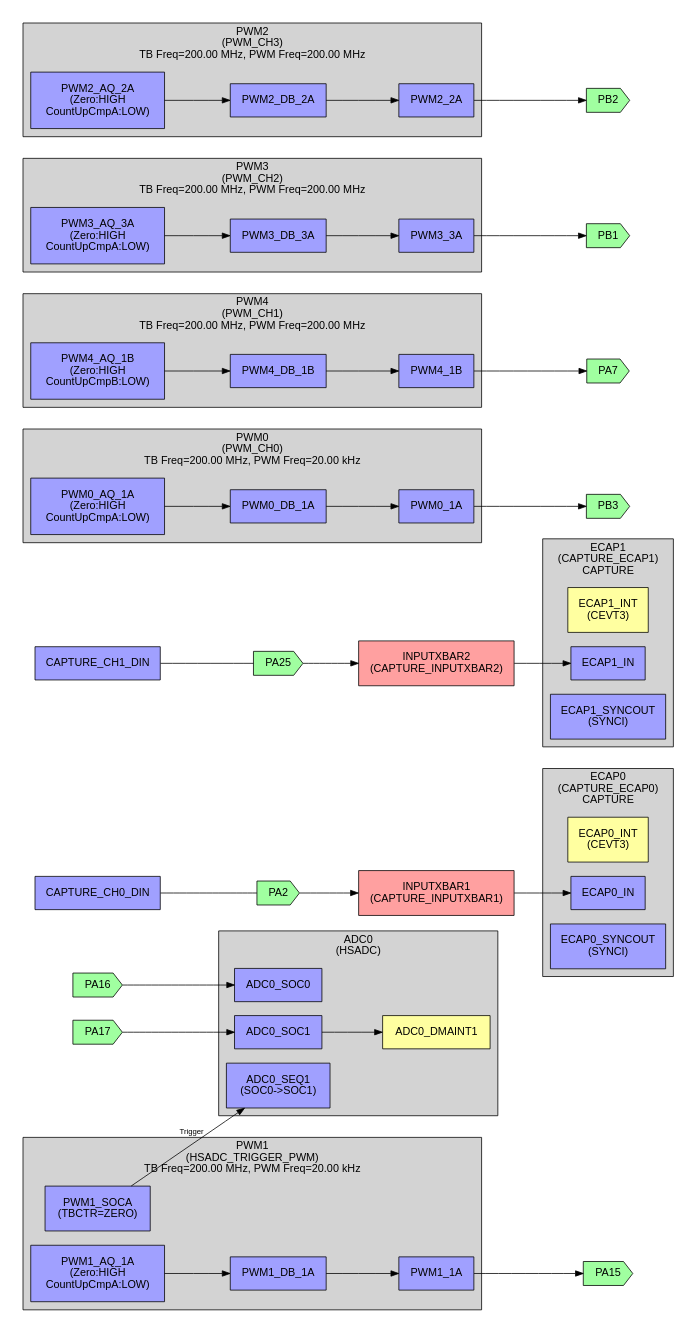
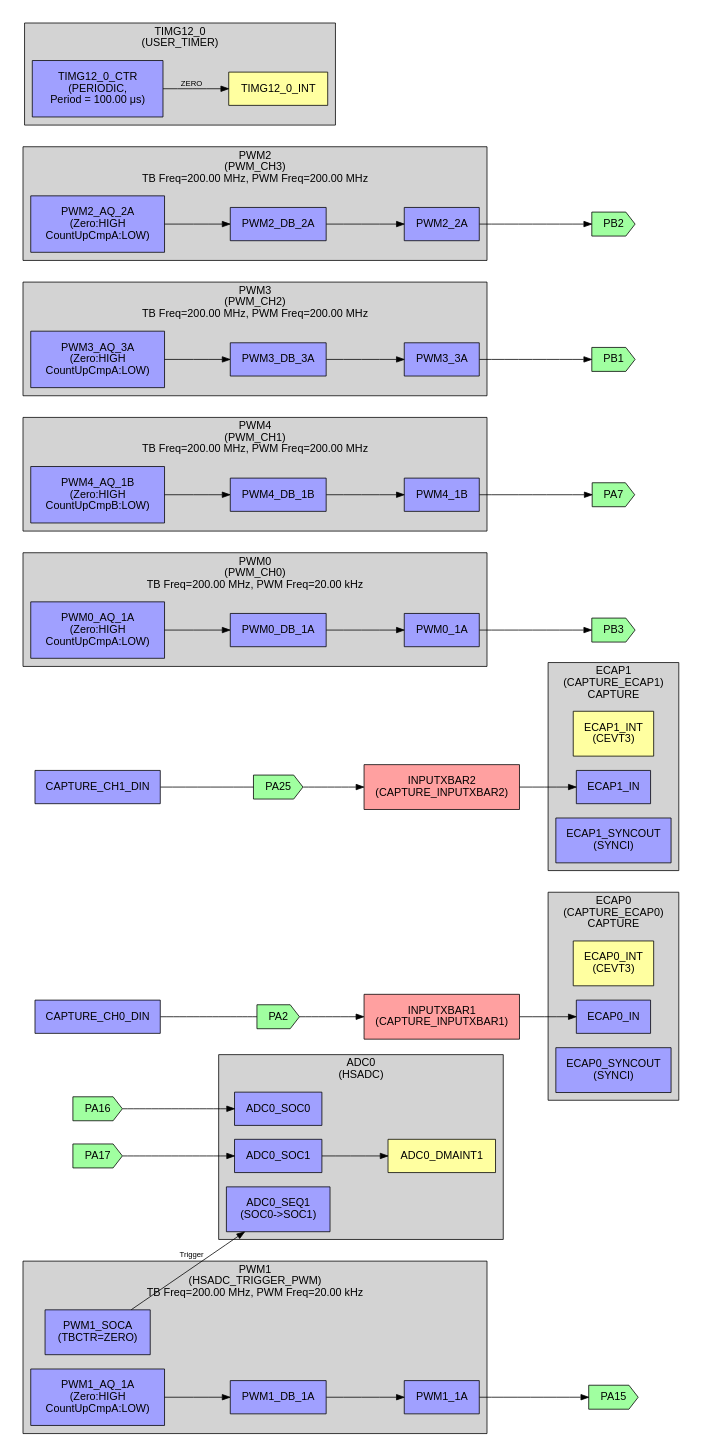
One commit to PatrickAJoseph/testbench changed the diagram in firmware/testbench/Debug/syscfg/internalConnections.dot. Above: the diagram before and after it, drawn with Graphviz. The commit also changed 45 other files, not shown here.

```diff
--- a/firmware/testbench/Debug/syscfg/internalConnections.dot
+++ b/firmware/testbench/Debug/syscfg/internalConnections.dot
@@ -1,160 +1,174 @@
 digraph {
     graph [fontname = "helvetica"];
     node  [fontname = "helvetica" margin="0.2"];
     edge  [fontname = "helvetica" fontsize=10 labeldistance="1.5"];
     graph [mclimit=50 rankdir=LR];
 
         node [shape=cds style=filled fillcolor="#A0FFA0"];
             PA16
             PA17
             PA2
             PA25
             PB3
             PA7
             PB1
             PB2
             PA15
 
         node [shape=rectangle style=filled fillcolor="#FFA0A0"];
             INPUTXBAR1 [label="INPUTXBAR1\n(CAPTURE_INPUTXBAR1)"]
             INPUTXBAR2 [label="INPUTXBAR2\n(CAPTURE_INPUTXBAR2)"]
 
         node [shape=oval style=filled fillcolor="#FFA0A0"];
 
         node [shape=triangle style=filled orientation=-90 fillcolor="#A0A0FF"];
 
         node [shape=rectangle style=filled orientation=-90 fillcolor="#FFFFA0"];
             ADC0_DMAINT1
             ECAP0_INT [label="ECAP0_INT\n(CEVT3)"]
             ECAP1_INT [label="ECAP1_INT\n(CEVT3)"]
+            TIMG12_0_INT
 
         node [shape=rectangle style=filled fillcolor="#A0A0FF"];
             ADC0_SOC0
             ADC0_SOC1
             ADC0_SEQ1 [label="ADC0_SEQ1\n(SOC0->SOC1)"]
             PWM1_SOCA
             ADC0_DMAINT1
             ECAP0_IN
             INPUTXBAR1
             ECAP0_SYNCOUT [label="ECAP0_SYNCOUT\n(SYNCI)"]
             ECAP0_INT
             ECAP1_IN
             INPUTXBAR2
             ECAP1_SYNCOUT [label="ECAP1_SYNCOUT\n(SYNCI)"]
             ECAP1_INT
             PWM0_1A
             PWM0_DB_1A
             PWM0_AQ_1A [label="PWM0_AQ_1A\n(Zero:HIGH\nCountUpCmpA:LOW)"]
             PWM4_1B
             PWM4_DB_1B
             PWM4_AQ_1B [label="PWM4_AQ_1B\n(Zero:HIGH\nCountUpCmpB:LOW)"]
             PWM3_3A
             PWM3_DB_3A
             PWM3_AQ_3A [label="PWM3_AQ_3A\n(Zero:HIGH\nCountUpCmpA:LOW)"]
             PWM2_2A
             PWM2_DB_2A
             PWM2_AQ_2A [label="PWM2_AQ_2A\n(Zero:HIGH\nCountUpCmpA:LOW)"]
             PWM1_1A
             PWM1_DB_1A
             PWM1_AQ_1A [label="PWM1_AQ_1A\n(Zero:HIGH\nCountUpCmpA:LOW)"]
             PWM1_SOCA [label="PWM1_SOCA\n(TBCTR=ZERO)"]
+            TIMG12_0_CTR [label="TIMG12_0_CTR\n(PERIODIC,
+Period = 100.00 μs)"]
+            TIMG12_0_INT
 
         PA16 -> ADC0_SOC0
         PA17 -> ADC0_SOC1
         PWM1_SOCA -> ADC0_SEQ1 [label="Trigger"]
         ADC0_SOC1 -> ADC0_DMAINT1
         INPUTXBAR1 -> ECAP0_IN
         INPUTXBAR2 -> ECAP1_IN
         PA2 -> INPUTXBAR1
         CAPTURE_CH0_DIN -> PA2 [dir=none]
         PA25 -> INPUTXBAR2
         CAPTURE_CH1_DIN -> PA25 [dir=none]
         PWM0_DB_1A -> PWM0_1A
         PWM0_1A -> PB3
         PWM0_AQ_1A -> PWM0_DB_1A
         PWM4_DB_1B -> PWM4_1B
         PWM4_1B -> PA7
         PWM4_AQ_1B -> PWM4_DB_1B
         PWM3_DB_3A -> PWM3_3A
         PWM3_3A -> PB1
         PWM3_AQ_3A -> PWM3_DB_3A
         PWM2_DB_2A -> PWM2_2A
         PWM2_2A -> PB2
         PWM2_AQ_2A -> PWM2_DB_2A
         PWM1_DB_1A -> PWM1_1A
         PWM1_1A -> PA15
         PWM1_AQ_1A -> PWM1_DB_1A
+        TIMG12_0_CTR -> TIMG12_0_INT [label="ZERO"]
 
         subgraph cluster_ADC0_ {
             margin=10 style=invis
             subgraph cluster_ADC0 {
                 label = "ADC0\n(HSADC)"
                 style=filled
                 
                 ADC0_SOC0 ADC0_SOC1 ADC0_SEQ1 ADC0_DMAINT1
             }
         }
         subgraph cluster_PWM1_ {
             margin=10 style=invis
             subgraph cluster_PWM1 {
                 label = "PWM1\n(HSADC_TRIGGER_PWM)\nTB Freq=200.00 MHz, PWM Freq=20.00 kHz"
                 style=filled
                 
                 PWM1_SOCA PWM1_1A PWM1_DB_1A PWM1_AQ_1A PWM1_SOCA
             }
         }
         subgraph cluster_ECAP0_ {
             margin=10 style=invis
             subgraph cluster_ECAP0 {
                 label = "ECAP0\n(CAPTURE_ECAP0)\nCAPTURE"
                 style=filled
                 
                 ECAP0_IN ECAP0_SYNCOUT ECAP0_INT
             }
         }
         subgraph cluster_ECAP1_ {
             margin=10 style=invis
             subgraph cluster_ECAP1 {
                 label = "ECAP1\n(CAPTURE_ECAP1)\nCAPTURE"
                 style=filled
                 
                 ECAP1_IN ECAP1_SYNCOUT ECAP1_INT
             }
         }
         subgraph cluster_PWM0_ {
             margin=10 style=invis
             subgraph cluster_PWM0 {
                 label = "PWM0\n(PWM_CH0)\nTB Freq=200.00 MHz, PWM Freq=20.00 kHz"
                 style=filled
                 
                 PWM0_1A PWM0_DB_1A PWM0_AQ_1A
             }
         }
         subgraph cluster_PWM4_ {
             margin=10 style=invis
             subgraph cluster_PWM4 {
                 label = "PWM4\n(PWM_CH1)\nTB Freq=200.00 MHz, PWM Freq=200.00 MHz"
                 style=filled
                 
                 PWM4_1B PWM4_DB_1B PWM4_AQ_1B
             }
         }
         subgraph cluster_PWM3_ {
             margin=10 style=invis
             subgraph cluster_PWM3 {
                 label = "PWM3\n(PWM_CH2)\nTB Freq=200.00 MHz, PWM Freq=200.00 MHz"
                 style=filled
                 
                 PWM3_3A PWM3_DB_3A PWM3_AQ_3A
             }
         }
         subgraph cluster_PWM2_ {
             margin=10 style=invis
             subgraph cluster_PWM2 {
                 label = "PWM2\n(PWM_CH3)\nTB Freq=200.00 MHz, PWM Freq=200.00 MHz"
                 style=filled
                 
                 PWM2_2A PWM2_DB_2A PWM2_AQ_2A
             }
         }
+        subgraph cluster_TIMG12_0_ {
+            margin=10 style=invis
+            subgraph cluster_TIMG12_0 {
+                label = "TIMG12_0\n(USER_TIMER)"
+                style=filled
+                
+                TIMG12_0_CTR TIMG12_0_INT
+            }
+        }
 }
```
